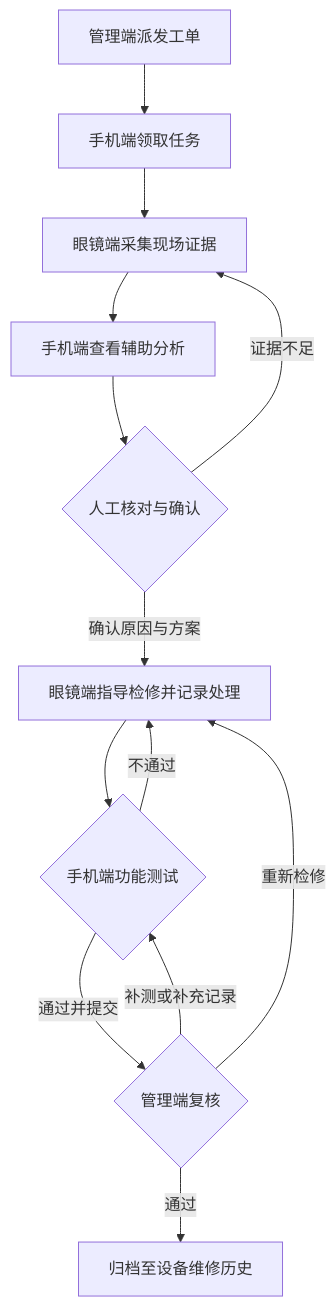
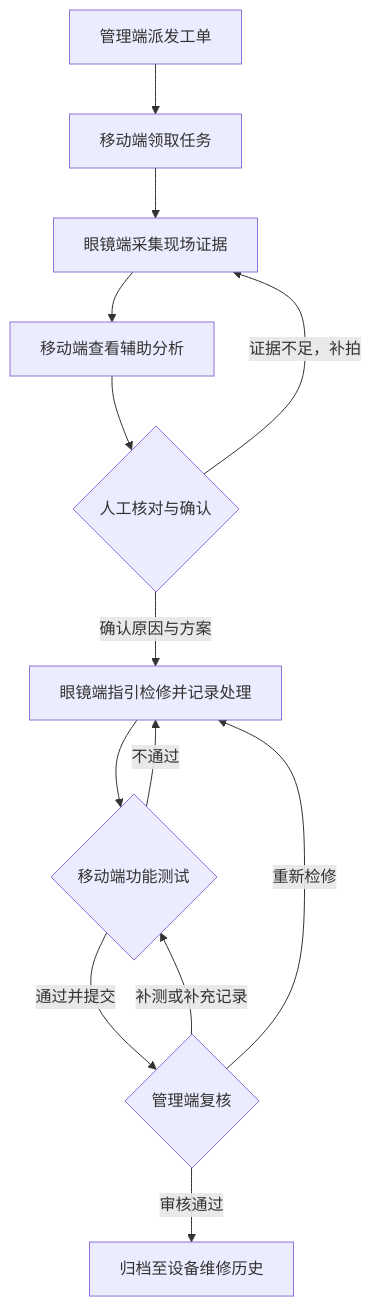
One commit to guanyihao/praxis-ar changed the diagram in README.md. Above: the diagram before and after it, drawn with Mermaid. The commit also changed other lines of this file and 4 other files, not shown here.

````diff
--- a/README.md
+++ b/README.md
@@ -69,15 +78,15 @@
 ```mermaid
 flowchart TD
-    A[管理端派发工单] --> B[手机端领取任务]
+    A[管理端派发工单] --> B[移动端领取任务]
     B --> C[眼镜端采集现场证据]
-    C --> D[手机端查看辅助分析]
+    C --> D[移动端查看辅助分析]
     D --> E{人工核对与确认}
-    E -->|证据不足| C
-    E -->|确认原因与方案| F[眼镜端指导检修并记录处理]
-    F --> G{手机端功能测试}
+    E -->|证据不足，补拍| C
+    E -->|确认原因与方案| F[眼镜端指引检修并记录处理]
+    F --> G{移动端功能测试}
     G -->|不通过| F
     G -->|通过并提交| H{管理端复核}
     H -->|重新检修| F
     H -->|补测或补充记录| G
-    H -->|通过| I[归档至设备维修历史]
+    H -->|审核通过| I[归档至设备维修历史]
 ```
````
